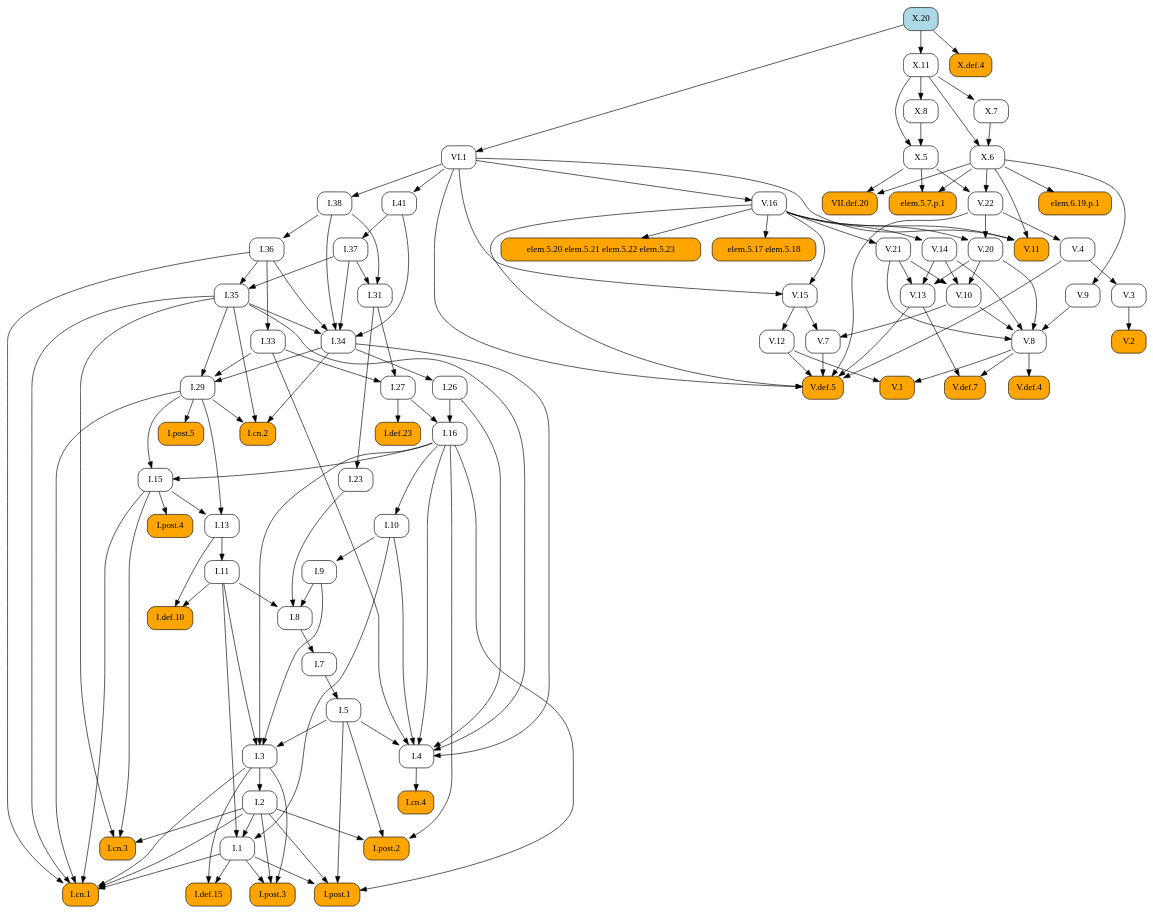
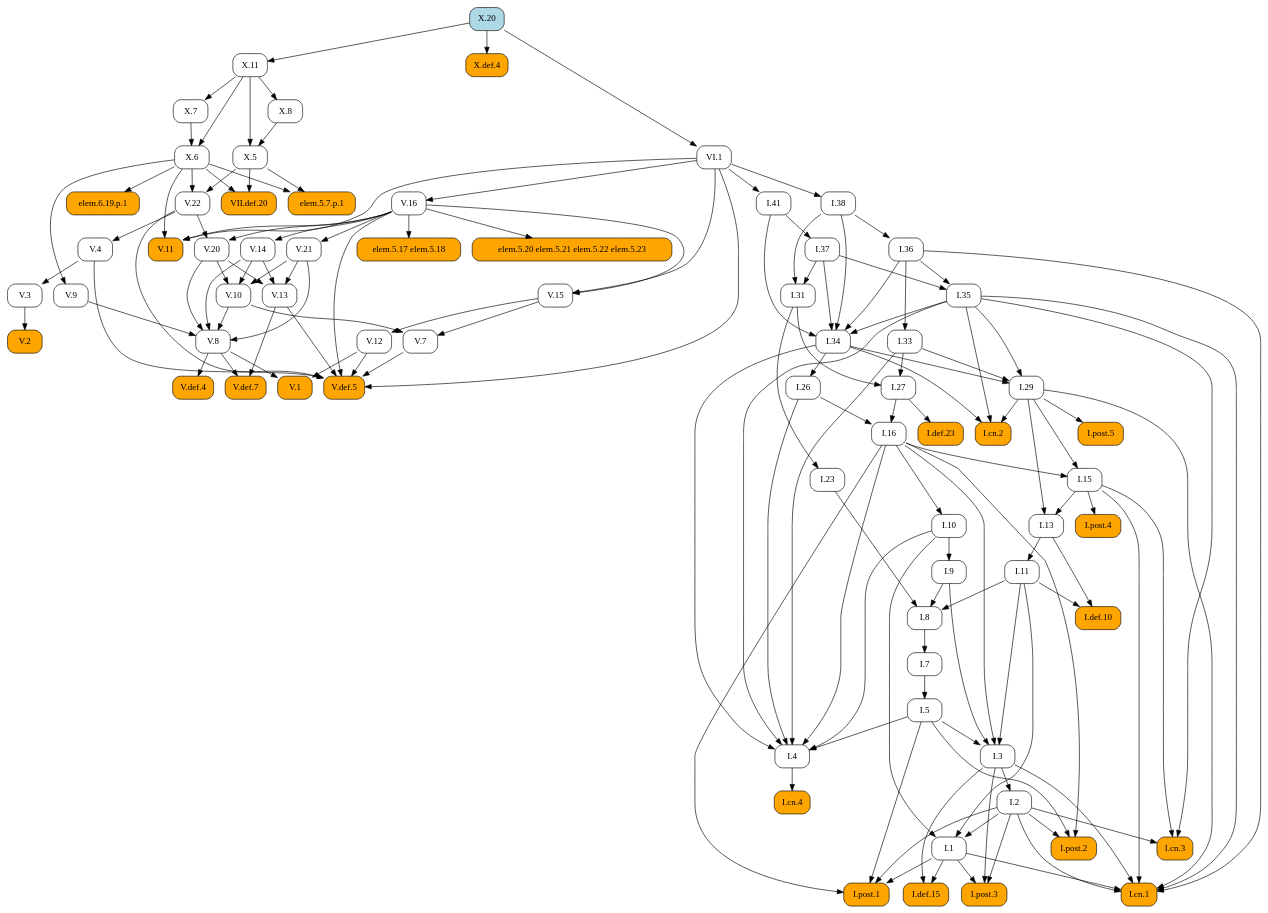
The diagram in docsrc/heath/X/20/index.rst (geometor/elements), drawn with Graphviz before and after one commit. The commit also changed other lines of this file and 1029 other files, not shown here.

```diff
--- a/docsrc/heath/X/20/index.rst
+++ b/docsrc/heath/X/20/index.rst
@@ -39,115 +39,187 @@
    digraph {
      rankdir="TB";
      node [shape=box, style=rounded];
+     "I.def.10" [style="rounded,filled", fillcolor=orange, URL="/heath/I/def.10/", target="_top"];
+     "I.11" [URL="/heath/I/11/", target="_top"];
+     "I.post.4" [style="rounded,filled", fillcolor=orange, URL="/heath/I/post.4/", target="_top"];
+     "I.1" [URL="/heath/I/1/", target="_top"];
+     "V.def.5" [style="rounded,filled", fillcolor=orange, URL="/heath/V/def.5/", target="_top"];
+     "V.13" [URL="/heath/V/13/", target="_top"];
+     "V.11" [style="rounded,filled", fillcolor=orange, URL="/heath/V/11/", target="_top"];
+     "I.post.3" [style="rounded,filled", fillcolor=orange, URL="/heath/I/post.3/", target="_top"];
+     "VI.1" [URL="/heath/VI/1/", target="_top"];
+     "I.cn.3" [style="rounded,filled", fillcolor=orange, URL="/heath/I/cn.3/", target="_top"];
+     "V.16" [URL="/heath/V/16/", target="_top"];
+     "V.3" [URL="/heath/V/3/", target="_top"];
+     "X.7" [URL="/heath/X/7/", target="_top"];
+     "I.41" [URL="/heath/I/41/", target="_top"];
+     "I.36" [URL="/heath/I/36/", target="_top"];
+     "I.27" [URL="/heath/I/27/", target="_top"];
+     "V.8" [URL="/heath/V/8/", target="_top"];
+     "I.37" [URL="/heath/I/37/", target="_top"];
+     "I.34" [URL="/heath/I/34/", target="_top"];
+     "I.2" [URL="/heath/I/2/", target="_top"];
+     "I.def.23" [style="rounded,filled", fillcolor=orange, URL="/heath/I/def.23/", target="_top"];
+     "I.33" [URL="/heath/I/33/", target="_top"];
+     "I.post.2" [style="rounded,filled", fillcolor=orange, URL="/heath/I/post.2/", target="_top"];
+     "elem.5.20 elem.5.21 elem.5.22 elem.5.23" [style="rounded,filled", fillcolor=orange];
+     "I.9" [URL="/heath/I/9/", target="_top"];
+     "X.def.4" [style="rounded,filled", fillcolor=orange, URL="/heath/X/def.4/", target="_top"];
+     "I.cn.4" [style="rounded,filled", fillcolor=orange, URL="/heath/I/cn.4/", target="_top"];
+     "V.def.4" [style="rounded,filled", fillcolor=orange, URL="/heath/V/def.4/", target="_top"];
+     "I.15" [URL="/heath/I/15/", target="_top"];
+     "I.38" [URL="/heath/I/38/", target="_top"];
+     "V.def.7" [style="rounded,filled", fillcolor=orange, URL="/heath/V/def.7/", target="_top"];
+     "VII.def.20" [style="rounded,filled", fillcolor=orange, URL="/heath/VII/def.20/", target="_top"];
+     "I.5" [URL="/heath/I/5/", target="_top"];
+     "V.21" [URL="/heath/V/21/", target="_top"];
+     "I.26" [URL="/heath/I/26/", target="_top"];
+     "V.14" [URL="/heath/V/14/", target="_top"];
+     "I.29" [URL="/heath/I/29/", target="_top"];
+     "V.12" [URL="/heath/V/12/", target="_top"];
+     "V.22" [URL="/heath/V/22/", target="_top"];
+     "I.cn.2" [style="rounded,filled", fillcolor=orange, URL="/heath/I/cn.2/", target="_top"];
+     "X.6" [URL="/heath/X/6/", target="_top"];
+     "X.8" [URL="/heath/X/8/", target="_top"];
+     "V.20" [URL="/heath/V/20/", target="_top"];
+     "V.10" [URL="/heath/V/10/", target="_top"];
+     "I.def.15" [style="rounded,filled", fillcolor=orange, URL="/heath/I/def.15/", target="_top"];
+     "V.15" [URL="/heath/V/15/", target="_top"];
+     "I.cn.1" [style="rounded,filled", fillcolor=orange, URL="/heath/I/cn.1/", target="_top"];
+     "V.7" [URL="/heath/V/7/", target="_top"];
+     "V.9" [URL="/heath/V/9/", target="_top"];
+     "I.23" [URL="/heath/I/23/", target="_top"];
+     "I.post.1" [style="rounded,filled", fillcolor=orange, URL="/heath/I/post.1/", target="_top"];
+     "elem.6.19.p.1" [style="rounded,filled", fillcolor=orange];
+     "I.35" [URL="/heath/I/35/", target="_top"];
+     "I.7" [URL="/heath/I/7/", target="_top"];
+     "X.20" [style="rounded,filled", fillcolor=lightblue, URL="/heath/X/20/", target="_top"];
+     "I.3" [URL="/heath/I/3/", target="_top"];
+     "I.4" [URL="/heath/I/4/", target="_top"];
+     "I.13" [URL="/heath/I/13/", target="_top"];
+     "V.4" [URL="/heath/V/4/", target="_top"];
+     "elem.5.7.p.1" [style="rounded,filled", fillcolor=orange];
+     "I.31" [URL="/heath/I/31/", target="_top"];
      "V.1" [style="rounded,filled", fillcolor=orange, URL="/heath/V/1/", target="_top"];
-     "X.7" [URL="/heath/X/7/", target="_top"];
-     "I.29" [URL="/heath/I/29/", target="_top"];
-     "I.7" [URL="/heath/I/7/", target="_top"];
-     "I.27" [URL="/heath/I/27/", target="_top"];
-     "I.def.23" [style="rounded,filled", fillcolor=orange, URL="/heath/I/def.23/", target="_top"];
-     "V.20" [URL="/heath/V/20/", target="_top"];
-     "I.34" [URL="/heath/I/34/", target="_top"];
+     "I.16" [URL="/heath/I/16/", target="_top"];
+     "elem.5.17 elem.5.18" [style="rounded,filled", fillcolor=orange];
+     "X.5" [URL="/heath/X/5/", target="_top"];
+     "X.11" [URL="/heath/X/11/", target="_top"];
      "I.8" [URL="/heath/I/8/", target="_top"];
      "V.2" [style="rounded,filled", fillcolor=orange, URL="/heath/V/2/", target="_top"];
-     "I.9" [URL="/heath/I/9/", target="_top"];
-     "V.22" [URL="/heath/V/22/", target="_top"];
-     "elem.5.7.p.1" [style="rounded,filled", fillcolor=orange];
-     "I.post.4" [style="rounded,filled", fillcolor=orange, URL="/heath/I/post.4/", target="_top"];
-     "I.2" [URL="/heath/I/2/", target="_top"];
-     "V.4" [URL="/heath/V/4/", target="_top"];
-     "I.cn.4" [style="rounded,filled", fillcolor=orange, URL="/heath/I/cn.4/", target="_top"];
-     "X.8" [URL="/heath/X/8/", target="_top"];
-     "elem.5.20 elem.5.21 elem.5.22 elem.5.23" [style="rounded,filled", fillcolor=orange];
-     "I.23" [URL="/heath/I/23/", target="_top"];
-     "I.13" [URL="/heath/I/13/", target="_top"];
-     "I.5" [URL="/heath/I/5/", target="_top"];
-     "I.11" [URL="/heath/I/11/", target="_top"];
-     "X.6" [URL="/heath/X/6/", target="_top"];
-     "I.4" [URL="/heath/I/4/", target="_top"];
-     "X.20" [style="rounded,filled", fillcolor=lightblue, URL="/heath/X/20/", target="_top"];
-     "I.def.10" [style="rounded,filled", fillcolor=orange, URL="/heath/I/def.10/", target="_top"];
-     "I.post.3" [style="rounded,filled", fillcolor=orange, URL="/heath/I/post.3/", target="_top"];
-     "V.9" [URL="/heath/V/9/", target="_top"];
-     "elem.5.17 elem.5.18" [style="rounded,filled", fillcolor=orange];
-     "V.3" [URL="/heath/V/3/", target="_top"];
-     "I.36" [URL="/heath/I/36/", target="_top"];
-     "V.12" [URL="/heath/V/12/", target="_top"];
-     "I.15" [URL="/heath/I/15/", target="_top"];
-     "I.41" [URL="/heath/I/41/", target="_top"];
-     "V.def.5" [style="rounded,filled", fillcolor=orange, URL="/heath/V/def.5/", target="_top"];
-     "I.cn.3" [style="rounded,filled", fillcolor=orange, URL="/heath/I/cn.3/", target="_top"];
-     "I.38" [URL="/heath/I/38/", target="_top"];
-     "V.16" [URL="/heath/V/16/", target="_top"];
-     "V.15" [URL="/heath/V/15/", target="_top"];
-     "V.def.4" [style="rounded,filled", fillcolor=orange, URL="/heath/V/def.4/", target="_top"];
-     "V.21" [URL="/heath/V/21/", target="_top"];
-     "V.8" [URL="/heath/V/8/", target="_top"];
-     "V.7" [URL="/heath/V/7/", target="_top"];
-     "I.1" [URL="/heath/I/1/", target="_top"];
-     "I.def.15" [style="rounded,filled", fillcolor=orange, URL="/heath/I/def.15/", target="_top"];
-     "V.13" [URL="/heath/V/13/", target="_top"];
-     "I.post.1" [style="rounded,filled", fillcolor=orange, URL="/heath/I/post.1/", target="_top"];
-     "X.5" [URL="/heath/X/5/", target="_top"];
-     "VII.def.20" [style="rounded,filled", fillcolor=orange, URL="/heath/VII/def.20/", target="_top"];
-     "elem.6.19.p.1" [style="rounded,filled", fillcolor=orange];
-     "I.26" [URL="/heath/I/26/", target="_top"];
-     "I.33" [URL="/heath/I/33/", target="_top"];
-     "X.11" [URL="/heath/X/11/", target="_top"];
-     "V.def.7" [style="rounded,filled", fillcolor=orange, URL="/heath/V/def.7/", target="_top"];
-     "I.cn.2" [style="rounded,filled", fillcolor=orange, URL="/heath/I/cn.2/", target="_top"];
-     "V.10" [URL="/heath/V/10/", target="_top"];
+     "I.post.5" [style="rounded,filled", fillcolor=orange, URL="/heath/I/post.5/", target="_top"];
      "I.10" [URL="/heath/I/10/", target="_top"];
-     "I.3" [URL="/heath/I/3/", target="_top"];
-     "I.16" [URL="/heath/I/16/", target="_top"];
-     "I.31" [URL="/heath/I/31/", target="_top"];
-     "V.11" [style="rounded,filled", fillcolor=orange, URL="/heath/V/11/", target="_top"];
-     "I.post.2" [style="rounded,filled", fillcolor=orange, URL="/heath/I/post.2/", target="_top"];
-     "X.def.4" [style="rounded,filled", fillcolor=orange, URL="/heath/X/def.4/", target="_top"];
-     "VI.1" [URL="/heath/VI/1/", target="_top"];
-     "I.post.5" [style="rounded,filled", fillcolor=orange, URL="/heath/I/post.5/", target="_top"];
-     "I.35" [URL="/heath/I/35/", target="_top"];
-     "I.cn.1" [style="rounded,filled", fillcolor=orange, URL="/heath/I/cn.1/", target="_top"];
-     "I.37" [URL="/heath/I/37/", target="_top"];
-     "V.14" [URL="/heath/V/14/", target="_top"];
-     "V.8" -> "V.1";
-     "V.12" -> "V.1";
+     "I.11" -> "I.def.10";
+     "I.13" -> "I.def.10";
+     "I.13" -> "I.11";
+     "I.15" -> "I.post.4";
+     "I.2" -> "I.1";
+     "I.10" -> "I.1";
+     "I.11" -> "I.1";
+     "V.4" -> "V.def.5";
+     "V.7" -> "V.def.5";
+     "V.12" -> "V.def.5";
+     "V.13" -> "V.def.5";
+     "V.16" -> "V.def.5";
+     "V.22" -> "V.def.5";
+     "VI.1" -> "V.def.5";
+     "V.14" -> "V.13";
+     "V.20" -> "V.13";
+     "V.21" -> "V.13";
+     "V.16" -> "V.11";
+     "VI.1" -> "V.11";
+     "X.6" -> "V.11";
+     "I.1" -> "I.post.3";
+     "I.2" -> "I.post.3";
+     "I.3" -> "I.post.3";
+     "X.20" -> "VI.1";
+     "I.2" -> "I.cn.3";
+     "I.15" -> "I.cn.3";
+     "I.35" -> "I.cn.3";
+     "VI.1" -> "V.16";
+     "V.4" -> "V.3";
      "X.11" -> "X.7";
-     "I.33" -> "I.29";
-     "I.34" -> "I.29";
-     "I.35" -> "I.29";
-     "I.8" -> "I.7";
+     "VI.1" -> "I.41";
+     "I.38" -> "I.36";
      "I.31" -> "I.27";
      "I.33" -> "I.27";
-     "I.27" -> "I.def.23";
-     "V.16" -> "V.20";
-     "V.22" -> "V.20";
+     "V.9" -> "V.8";
+     "V.10" -> "V.8";
+     "V.14" -> "V.8";
+     "V.20" -> "V.8";
+     "V.21" -> "V.8";
+     "I.41" -> "I.37";
      "I.35" -> "I.34";
      "I.36" -> "I.34";
      "I.37" -> "I.34";
      "I.38" -> "I.34";
      "I.41" -> "I.34";
-     "I.9" -> "I.8";
-     "I.11" -> "I.8";
-     "I.23" -> "I.8";
-     "V.3" -> "V.2";
+     "I.3" -> "I.2";
+     "I.27" -> "I.def.23";
+     "I.36" -> "I.33";
+     "I.2" -> "I.post.2";
+     "I.5" -> "I.post.2";
+     "I.16" -> "I.post.2";
+     "V.16" -> "elem.5.20 elem.5.21 elem.5.22 elem.5.23";
      "I.10" -> "I.9";
+     "X.20" -> "X.def.4";
+     "I.4" -> "I.cn.4";
+     "V.8" -> "V.def.4";
+     "I.16" -> "I.15";
+     "I.29" -> "I.15";
+     "VI.1" -> "I.38";
+     "V.8" -> "V.def.7";
+     "V.13" -> "V.def.7";
+     "X.5" -> "VII.def.20";
+     "X.6" -> "VII.def.20";
+     "I.7" -> "I.5";
+     "V.16" -> "V.21";
+     "I.34" -> "I.26";
+     "V.16" -> "V.14";
+     "I.33" -> "I.29";
+     "I.34" -> "I.29";
+     "I.35" -> "I.29";
+     "V.15" -> "V.12";
      "X.5" -> "V.22";
      "X.6" -> "V.22";
-     "X.5" -> "elem.5.7.p.1";
-     "X.6" -> "elem.5.7.p.1";
-     "I.15" -> "I.post.4";
-     "I.3" -> "I.2";
-     "V.22" -> "V.4";
-     "I.4" -> "I.cn.4";
-     "X.11" -> "X.8";
-     "V.16" -> "elem.5.20 elem.5.21 elem.5.22 elem.5.23";
-     "I.31" -> "I.23";
-     "I.15" -> "I.13";
-     "I.29" -> "I.13";
-     "I.7" -> "I.5";
-     "I.13" -> "I.11";
+     "I.29" -> "I.cn.2";
+     "I.34" -> "I.cn.2";
+     "I.35" -> "I.cn.2";
      "X.7" -> "X.6";
      "X.11" -> "X.6";
+     "X.11" -> "X.8";
+     "V.16" -> "V.20";
+     "V.22" -> "V.20";
+     "V.14" -> "V.10";
+     "V.20" -> "V.10";
+     "V.21" -> "V.10";
+     "I.1" -> "I.def.15";
+     "I.3" -> "I.def.15";
+     "V.16" -> "V.15";
+     "VI.1" -> "V.15";
+     "I.1" -> "I.cn.1";
+     "I.2" -> "I.cn.1";
+     "I.3" -> "I.cn.1";
+     "I.15" -> "I.cn.1";
+     "I.29" -> "I.cn.1";
+     "I.35" -> "I.cn.1";
+     "I.36" -> "I.cn.1";
+     "V.10" -> "V.7";
+     "V.15" -> "V.7";
+     "X.6" -> "V.9";
+     "I.31" -> "I.23";
+     "I.1" -> "I.post.1";
+     "I.2" -> "I.post.1";
+     "I.5" -> "I.post.1";
+     "I.16" -> "I.post.1";
+     "X.6" -> "elem.6.19.p.1";
+     "I.36" -> "I.35";
+     "I.37" -> "I.35";
+     "I.8" -> "I.7";
+     "I.5" -> "I.3";
+     "I.9" -> "I.3";
+     "I.11" -> "I.3";
+     "I.16" -> "I.3";
      "I.5" -> "I.4";
      "I.10" -> "I.4";
      "I.16" -> "I.4";
@@ -155,97 +227,25 @@
      "I.33" -> "I.4";
      "I.34" -> "I.4";
      "I.35" -> "I.4";
-     "I.11" -> "I.def.10";
-     "I.13" -> "I.def.10";
-     "I.1" -> "I.post.3";
-     "I.2" -> "I.post.3";
-     "I.3" -> "I.post.3";
-     "X.6" -> "V.9";
+     "I.15" -> "I.13";
+     "I.29" -> "I.13";
+     "V.22" -> "V.4";
+     "X.5" -> "elem.5.7.p.1";
+     "X.6" -> "elem.5.7.p.1";
+     "I.37" -> "I.31";
+     "I.38" -> "I.31";
+     "V.8" -> "V.1";
+     "V.12" -> "V.1";
+     "I.26" -> "I.16";
+     "I.27" -> "I.16";
      "V.16" -> "elem.5.17 elem.5.18";
-     "V.4" -> "V.3";
-     "I.38" -> "I.36";
-     "V.15" -> "V.12";
-     "I.16" -> "I.15";
-     "I.29" -> "I.15";
-     "VI.1" -> "I.41";
-     "V.4" -> "V.def.5";
-     "V.7" -> "V.def.5";
-     "V.12" -> "V.def.5";
-     "V.13" -> "V.def.5";
-     "V.16" -> "V.def.5";
-     "V.22" -> "V.def.5";
-     "VI.1" -> "V.def.5";
-     "I.2" -> "I.cn.3";
-     "I.15" -> "I.cn.3";
-     "I.35" -> "I.cn.3";
-     "VI.1" -> "I.38";
-     "VI.1" -> "V.16";
-     "V.16" -> "V.15";
-     "VI.1" -> "V.15";
-     "V.8" -> "V.def.4";
-     "V.16" -> "V.21";
-     "V.9" -> "V.8";
-     "V.10" -> "V.8";
-     "V.14" -> "V.8";
-     "V.20" -> "V.8";
-     "V.21" -> "V.8";
-     "V.10" -> "V.7";
-     "V.15" -> "V.7";
-     "I.2" -> "I.1";
-     "I.10" -> "I.1";
-     "I.11" -> "I.1";
-     "I.1" -> "I.def.15";
-     "I.3" -> "I.def.15";
-     "V.14" -> "V.13";
-     "V.20" -> "V.13";
-     "V.21" -> "V.13";
-     "I.1" -> "I.post.1";
-     "I.2" -> "I.post.1";
-     "I.5" -> "I.post.1";
-     "I.16" -> "I.post.1";
      "X.8" -> "X.5";
      "X.11" -> "X.5";
-     "X.5" -> "VII.def.20";
-     "X.6" -> "VII.def.20";
-     "X.6" -> "elem.6.19.p.1";
-     "I.34" -> "I.26";
-     "I.36" -> "I.33";
      "X.20" -> "X.11";
-     "V.8" -> "V.def.7";
-     "V.13" -> "V.def.7";
-     "I.29" -> "I.cn.2";
-     "I.34" -> "I.cn.2";
-     "I.35" -> "I.cn.2";
-     "V.14" -> "V.10";
-     "V.20" -> "V.10";
-     "V.21" -> "V.10";
+     "I.9" -> "I.8";
+     "I.11" -> "I.8";
+     "I.23" -> "I.8";
+     "V.3" -> "V.2";
+     "I.29" -> "I.post.5";
      "I.16" -> "I.10";
-     "I.5" -> "I.3";
-     "I.9" -> "I.3";
-     "I.11" -> "I.3";
-     "I.16" -> "I.3";
-     "I.26" -> "I.16";
-     "I.27" -> "I.16";
-     "I.37" -> "I.31";
-     "I.38" -> "I.31";
-     "V.16" -> "V.11";
-     "VI.1" -> "V.11";
-     "X.6" -> "V.11";
-     "I.2" -> "I.post.2";
-     "I.5" -> "I.post.2";
-     "I.16" -> "I.post.2";
-     "X.20" -> "X.def.4";
-     "X.20" -> "VI.1";
-     "I.29" -> "I.post.5";
-     "I.36" -> "I.35";
-     "I.37" -> "I.35";
-     "I.1" -> "I.cn.1";
-     "I.2" -> "I.cn.1";
-     "I.3" -> "I.cn.1";
-     "I.15" -> "I.cn.1";
-     "I.29" -> "I.cn.1";
-     "I.35" -> "I.cn.1";
-     "I.36" -> "I.cn.1";
-     "I.41" -> "I.37";
-     "V.16" -> "V.14";
    }
```
